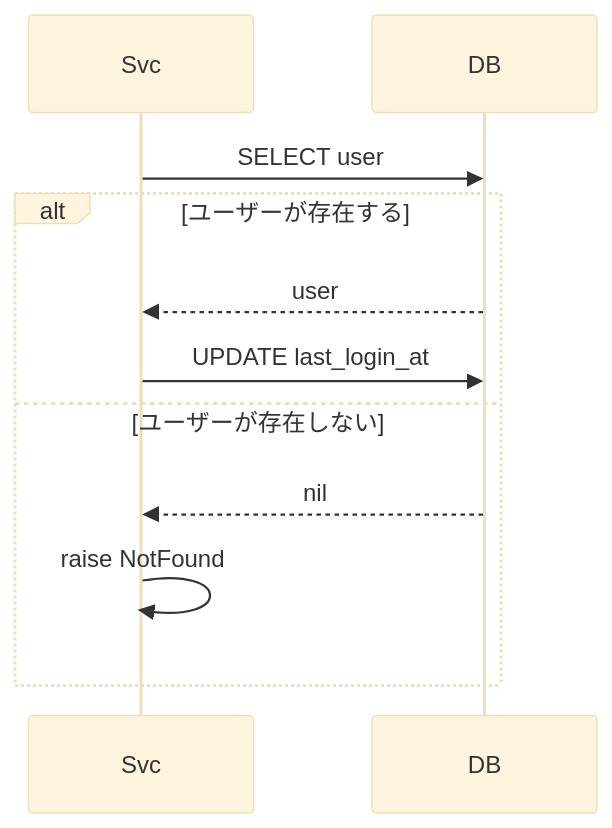
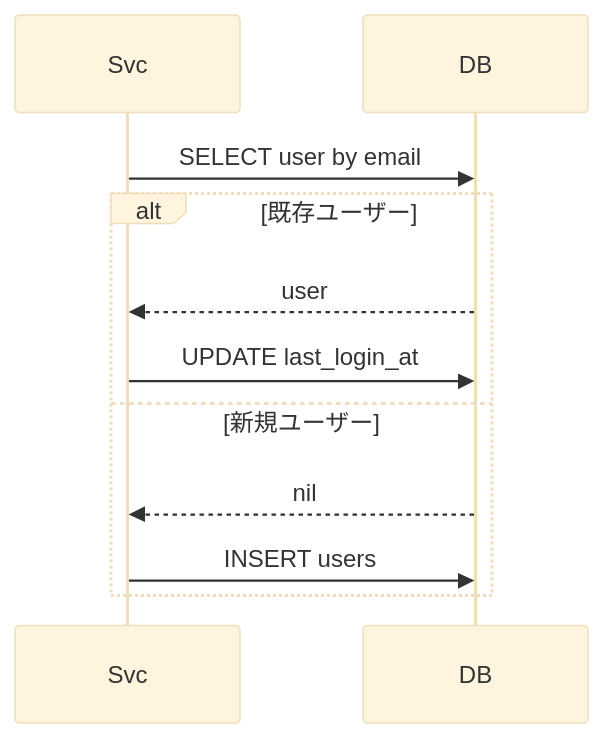
The fourth of 11 diagrams in .claude/skills/sequence-diagram/references/mermaid-patterns.md (wezard706/dotfiles), drawn with Mermaid (base theme) before and after one commit. The commit also changed other lines of this file and 2 other files, not shown here.

First line of the commit message:
refactor: sequence-diagramスキルを正常系のみに限定

````diff
--- a/.claude/skills/sequence-diagram/references/mermaid-patterns.md
+++ b/.claude/skills/sequence-diagram/references/mermaid-patterns.md
@@ -59,13 +60,13 @@
 ```mermaid
 sequenceDiagram
     participant Svc
     participant DB
-    Svc->>DB: SELECT user
-    alt ユーザーが存在する
+    Svc->>DB: SELECT user by email
+    alt 既存ユーザー
         DB-->>Svc: user
         Svc->>DB: UPDATE last_login_at
-    else ユーザーが存在しない
+    else 新規ユーザー
         DB-->>Svc: nil
-        Svc->>Svc: raise NotFound
+        Svc->>DB: INSERT users
     end
 ```
````
